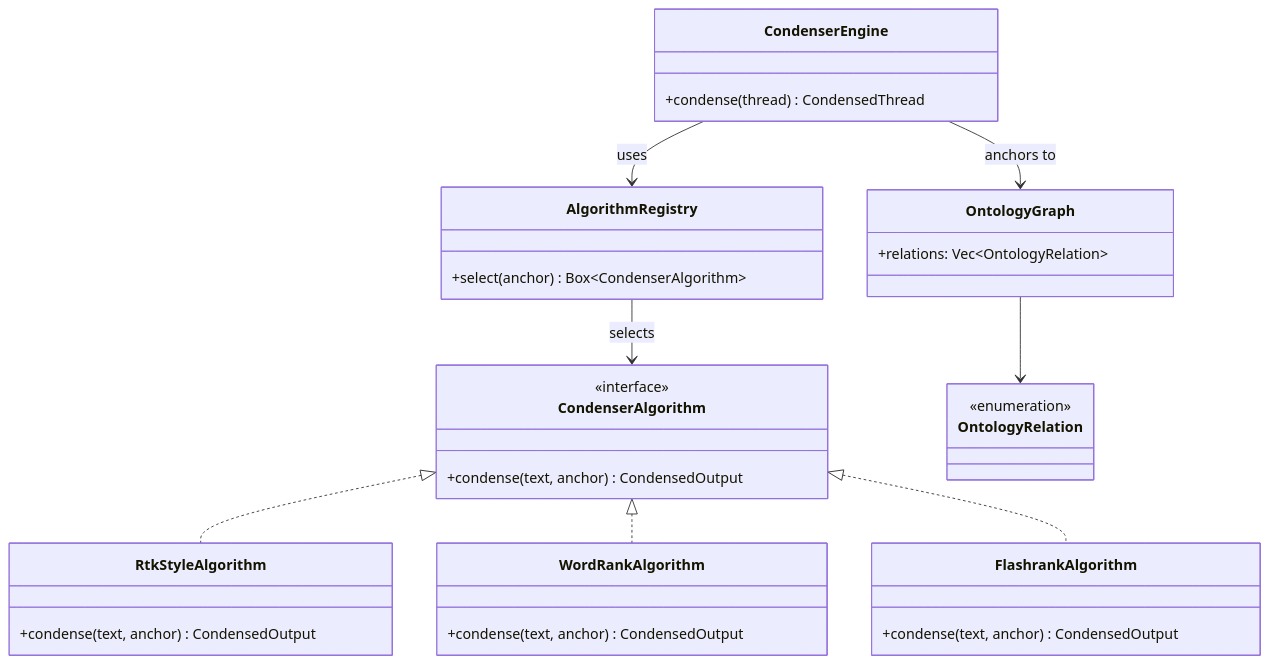
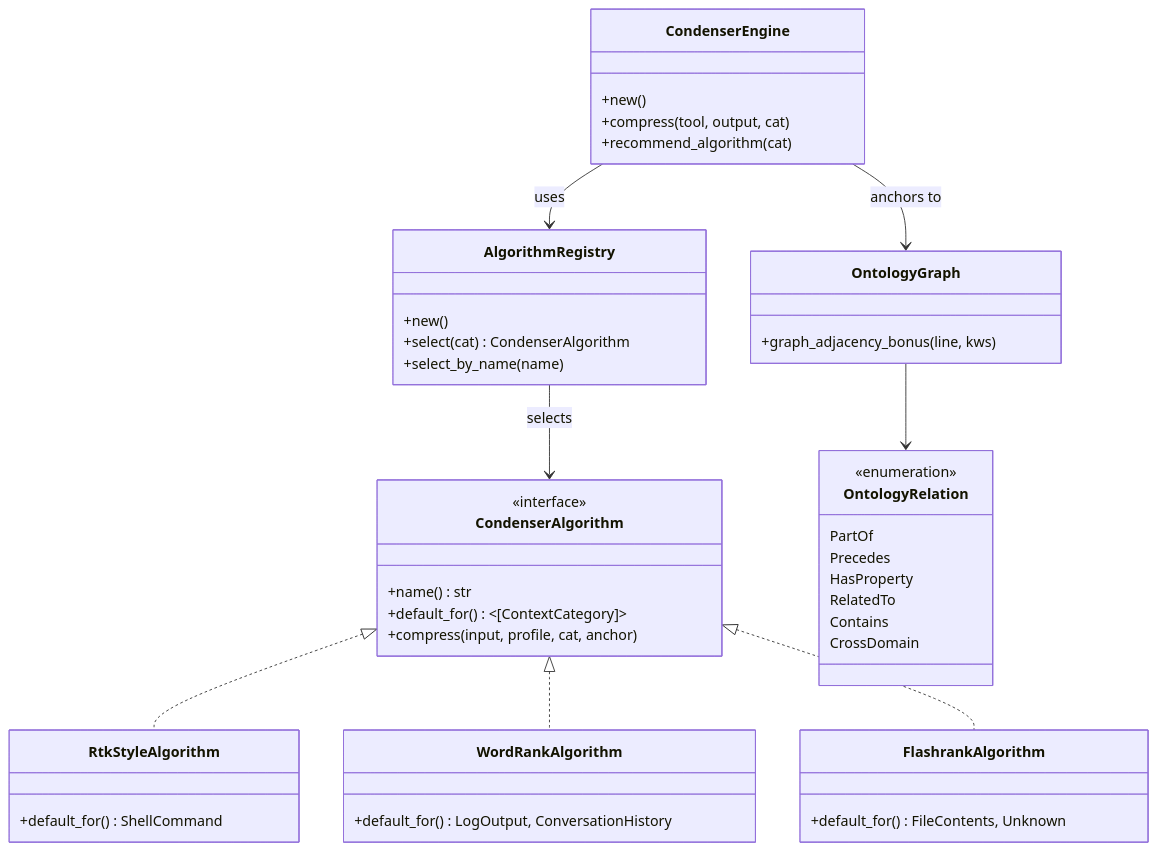
Before and after one commit to mdz-axo/zed-kask: the diagram in kask/docs/diataxis/hkask-condenser/reference.md, drawn with Mermaid. The commit also changed other lines of this file and 33 other files, not shown here.

````diff
--- a/kask/docs/diataxis/hkask-condenser/reference.md
+++ b/kask/docs/diataxis/hkask-condenser/reference.md
@@ -48,36 +61,48 @@
 ```mermaid
 classDiagram
     class CondenserAlgorithm {
         <<interface>>
-        +condense(text, anchor) CondensedOutput
+        +name() str
+        +default_for() ~[ContextCategory]~
+        +compress(input, profile, cat, anchor)
     }
     class RtkStyleAlgorithm {
-        +condense(text, anchor) CondensedOutput
+        +default_for() ShellCommand
     }
     class WordRankAlgorithm {
-        +condense(text, anchor) CondensedOutput
+        +default_for() LogOutput, ConversationHistory
     }
     class FlashrankAlgorithm {
-        +condense(text, anchor) CondensedOutput
+        +default_for() FileContents, Unknown
     }
     class AlgorithmRegistry {
-        +select(anchor) Box~CondenserAlgorithm~
+        +new()
+        +select(cat) CondenserAlgorithm
+        +select_by_name(name)
     }
     class CondenserEngine {
-        +condense(thread) CondensedThread
+        +new()
+        +compress(tool, output, cat)
+        +recommend_algorithm(cat)
     }
     class OntologyGraph {
-        +relations: Vec~OntologyRelation~
+        +graph_adjacency_bonus(line, kws)
     }
     class OntologyRelation {
         <<enumeration>>
+        PartOf
+        Precedes
+        HasProperty
+        RelatedTo
+        Contains
+        CrossDomain
     }
 
     CondenserAlgorithm <|.. RtkStyleAlgorithm
     CondenserAlgorithm <|.. WordRankAlgorithm
     CondenserAlgorithm <|.. FlashrankAlgorithm
     AlgorithmRegistry --> CondenserAlgorithm : selects
     CondenserEngine --> AlgorithmRegistry : uses
     CondenserEngine --> OntologyGraph : anchors to
     OntologyGraph --> OntologyRelation
 ```
````
